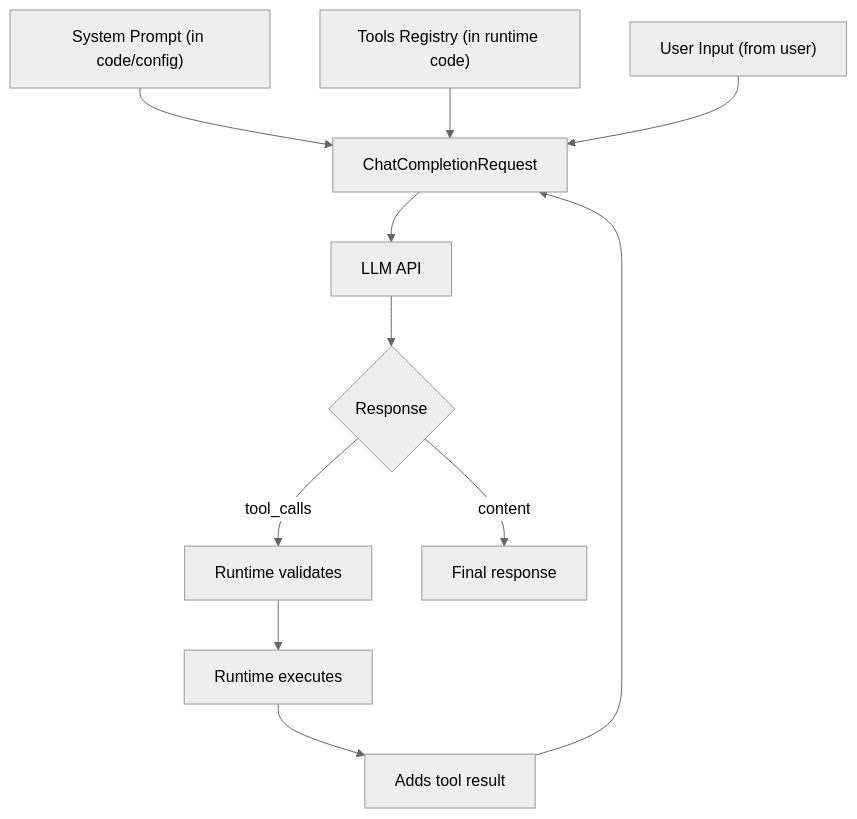
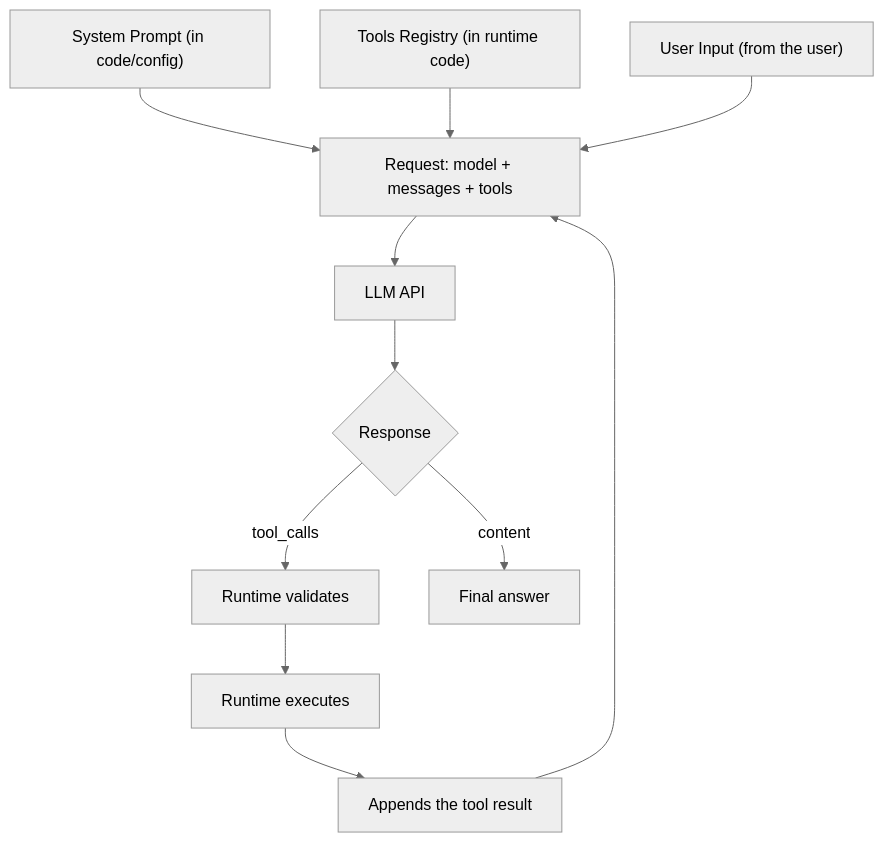
The diagram in book/03-tools-and-function-calling/README.md (kshvakov/ai-agent-course), drawn with Mermaid (neutral theme) before and after one commit. The commit also changed other lines of this file and 33 other files, not shown here.

````diff
--- a/book/03-tools-and-function-calling/README.md
+++ b/book/03-tools-and-function-calling/README.md
@@ -271,13 +289,13 @@
 ```mermaid
 graph TB
-    A["System Prompt (in code/config)"] --> D[ChatCompletionRequest]
+    A["System Prompt (in code/config)"] --> D[Request: model + messages + tools]
     B["Tools Registry (in runtime code)"] --> D
-    C["User Input (from user)"] --> D
+    C["User Input (from the user)"] --> D
     D --> E[LLM API]
     E --> F{Response}
     F -->|tool_calls| G[Runtime validates]
     G --> H[Runtime executes]
-    H --> I[Adds tool result]
+    H --> I[Appends the tool result]
     I --> D
-    F -->|content| J[Final response]
+    F -->|content| J[Final answer]
 ```
````
